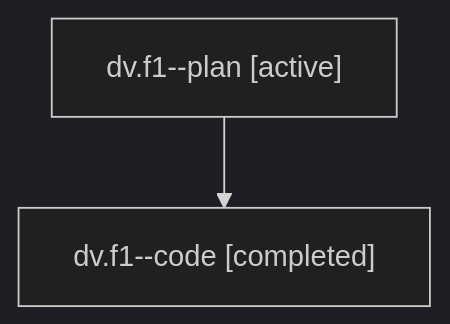
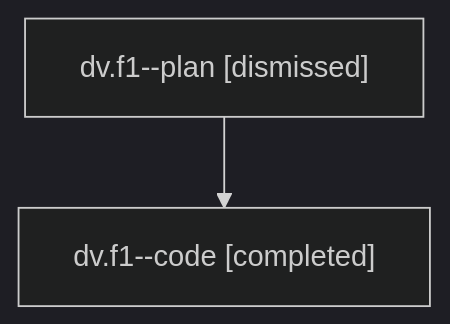
One commit to sase-org/sase--agents changed the diagram in sessions/bbugyi200.athena.dv.f1.md. Above: the diagram before and after it, drawn with Mermaid (dark theme). The commit also changed other lines of this file and 33 other files, not shown here.

````diff
--- a/sessions/bbugyi200.athena.dv.f1.md
+++ b/sessions/bbugyi200.athena.dv.f1.md
@@ -9,6 +9,6 @@
 ```mermaid
 flowchart TD
-  n0["dv.f1--plan [active]"]
+  n0["dv.f1--plan [dismissed]"]
   n1["dv.f1--code [completed]"]
   n0 --> n1
 ```
````
